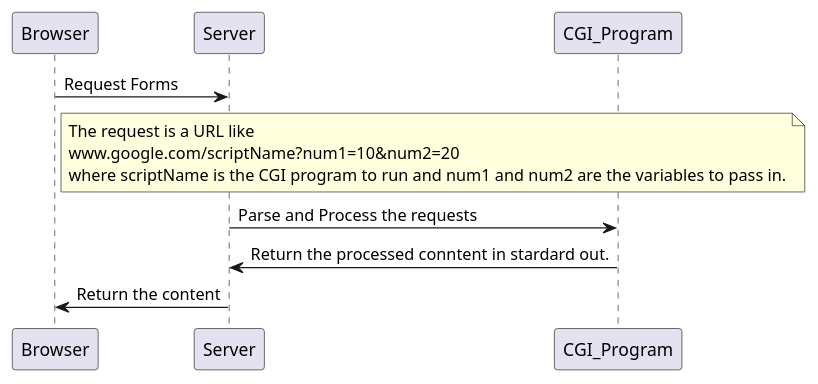
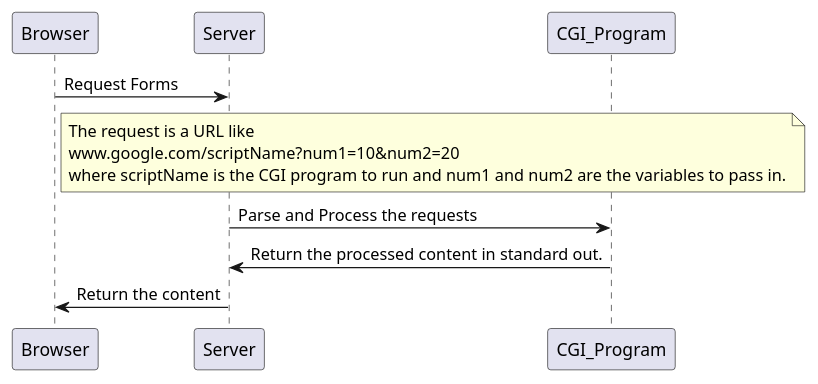
One commit to wenhaoy-0428/Docs changed the diagram in BackEnd/serverNotes.md. Above: the diagram before and after it, drawn with PlantUML. The commit also changed other lines of this file and 27 other files, not shown here.

````diff
--- a/BackEnd/serverNotes.md
+++ b/BackEnd/serverNotes.md
@@ -12,12 +16,12 @@
 ```plantuml
 @startuml
 Browser -> Server : Request Forms
 note right of Browser : The request is a URL like\nwww.google.com/scriptName?num1=10&num2=20\nwhere scriptName is the CGI program to run and num1 and num2 are the variables to pass in.
 
 Server -> CGI_Program : Parse and Process the requests
 
-CGI_Program -> Server : Return the processed conntent in stardard out.
+CGI_Program -> Server : Return the processed content in standard out.
 
 Server -> Browser : Return the content
 @enduml
 ```
````
